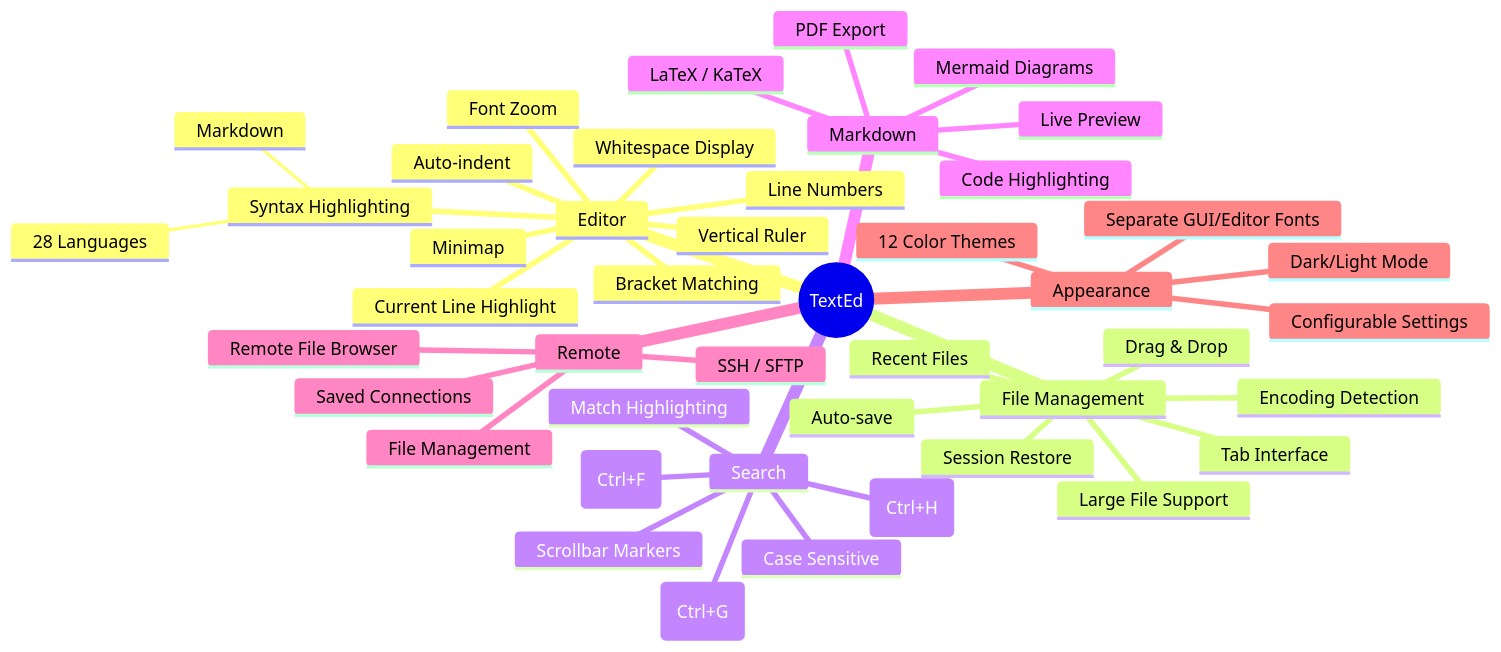
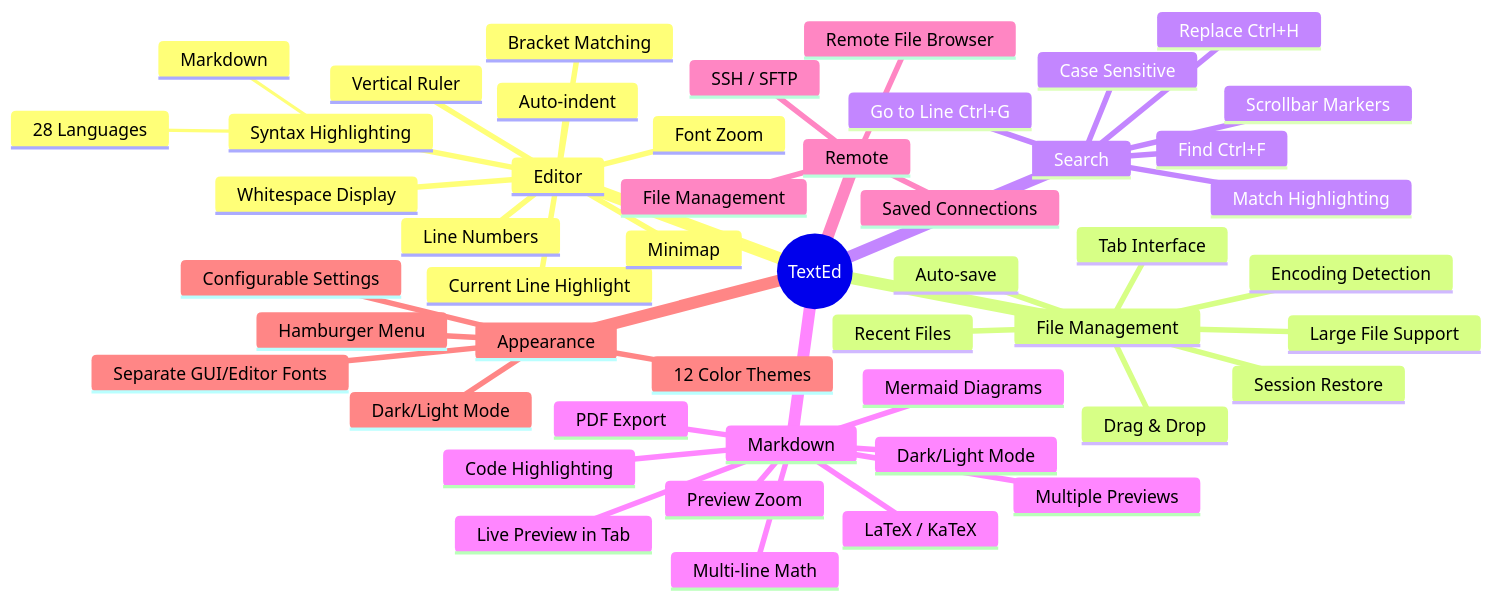
One commit to dkrse/text-ed changed the tenth of 10 diagrams in docs/diagrams.md. Above: the diagram before and after it, drawn with Mermaid. The commit also changed other lines of this file and 8 other files, not shown here.

````diff
--- a/docs/diagrams.md
+++ b/docs/diagrams.md
@@ -325,47 +372,52 @@
 ```mermaid
 mindmap
   root((TextEd))
     Editor
       Syntax Highlighting
         28 Languages
         Markdown
       Line Numbers
       Current Line Highlight
       Bracket Matching
       Auto-indent
       Font Zoom
       Whitespace Display
       Vertical Ruler
       Minimap
     File Management
       Tab Interface
       Session Restore
       Recent Files
       Large File Support
       Drag & Drop
       Auto-save
       Encoding Detection
     Search
-      Find (Ctrl+F)
-      Replace (Ctrl+H)
-      Go to Line (Ctrl+G)
+      Find Ctrl+F
+      Replace Ctrl+H
+      Go to Line Ctrl+G
       Match Highlighting
       Scrollbar Markers
       Case Sensitive
     Markdown
-      Live Preview
+      Live Preview in Tab
+      Multiple Previews
+      Dark/Light Mode
       LaTeX / KaTeX
+      Multi-line Math
       Mermaid Diagrams
       Code Highlighting
+      Preview Zoom
       PDF Export
     Remote
       SSH / SFTP
       Remote File Browser
       File Management
       Saved Connections
     Appearance
+      Hamburger Menu
       12 Color Themes
       Dark/Light Mode
       Separate GUI/Editor Fonts
       Configurable Settings
 ```
````
